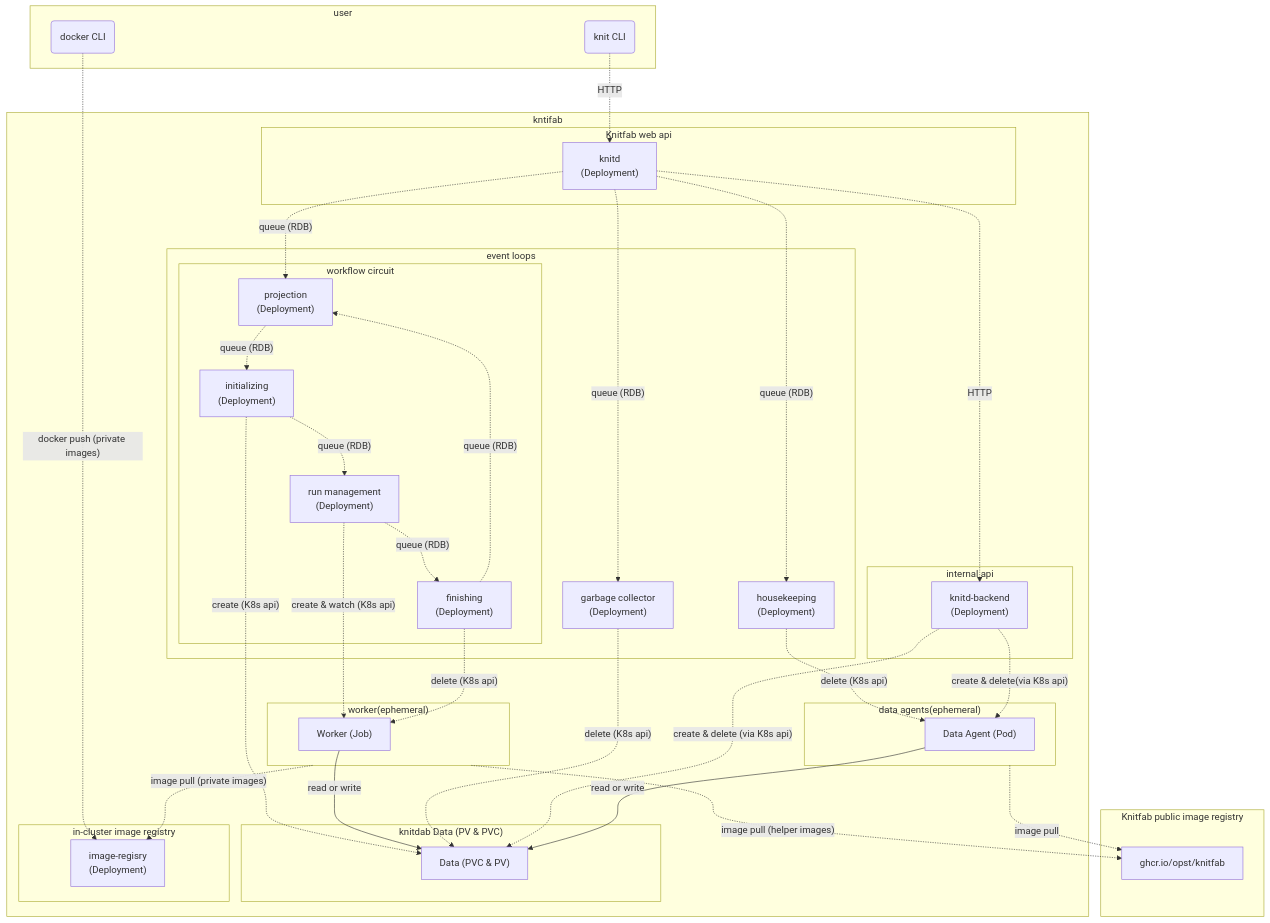
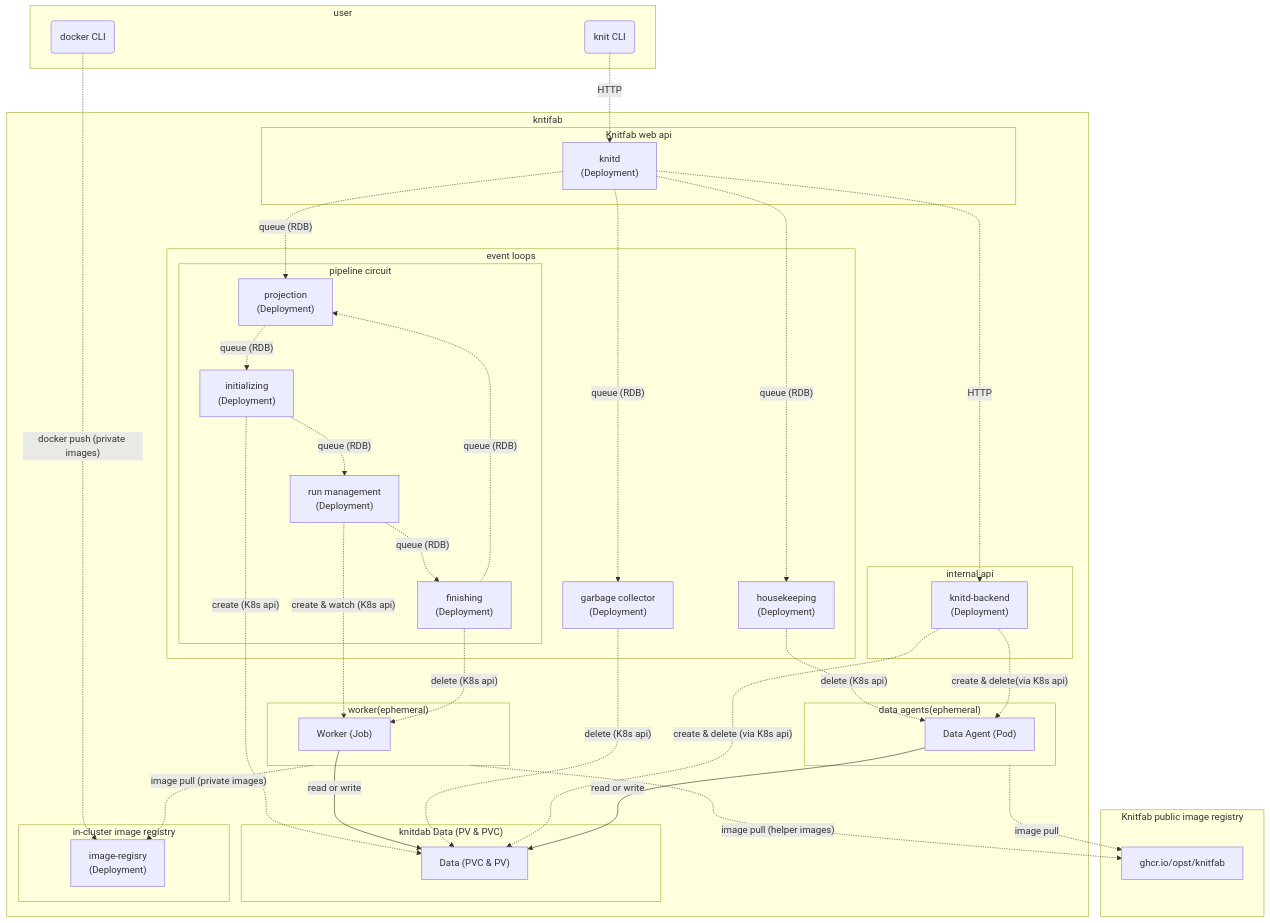
The diagram in 03.admin-guide/admin-guide-deep-dive.ja.md (opst/knitfab-docs), drawn with Mermaid before and after one commit. The commit also changed other lines of this file and 4 other files, not shown here.

Commit message:
Edit: term 'workflow' --> 'pipeline'

````diff
--- a/03.admin-guide/admin-guide-deep-dive.ja.md
+++ b/03.admin-guide/admin-guide-deep-dive.ja.md
@@ -194,73 +194,73 @@
 ```mermaid
 graph TB
     subgraph "user"
         userreq("knit CLI")
         docker("docker CLI")
     end
     subgraph cluster["kntifab"]
         subgraph "Knitfab web api"
             FRH["knitd\n(Deployment)"]
         end
 
         subgraph das["data agents(ephemeral)"]
             da["Data Agent (Pod)"]
         end
 
         subgraph wks["worker(ephemeral)"]
             wk["Worker (Job)"]
         end
 
         subgraph "knitdab Data (PV & PVC)"
             data["Data (PVC & PV)"]
         end
 
         subgraph "internal api"
             BRH["knitd-backend\n(Deployment)"]
         end
 
 
         subgraph "event loops"
-            subgraph circ["workflow circuit"]
+            subgraph circ["pipeline circuit"]
                 lproj["projection\n(Deployment)"]
                 lrini["initializing\n(Deployment)"]
                 lrst["run management\n(Deployment)"]
                 lrfin["finishing\n(Deployment)"]
             end
             lgbc["garbage collector\n(Deployment)"]
             lrhk["housekeeping\n(Deployment)"]
         end
 
         userreq -.HTTP.-> FRH
         FRH-."queue (RDB)".->lproj
 
         lrhk -."delete (K8s api)".->da
         lrst -."create & watch (K8s api)".-> wk
         lrfin -."delete (K8s api)".-> wk
         lproj-."queue (RDB)".->lrini
         lrini-."queue (RDB)".->lrst
         lrst-."queue (RDB)".->lrfin
         lrfin-."queue (RDB)".->lproj
 
         FRH -.HTTP.->BRH
         FRH-."queue (RDB)".->lrhk
         FRH-."queue (RDB)".->lgbc
 
         lrini -."create (K8s api)".->data
         wk--"read or write"--> data
         lgbc -."delete (K8s api)".->data
         BRH -."create & delete (via K8s api)".->data
         da --"read or write"--> data
 
         subgraph "in-cluster image registry"
             ireg["image-regisry\n(Deployment)"]
         end
     end
     subgraph "Knitfab public image registry"
         preg["ghcr.io/opst/knitfab"]
     end
     wks -."image pull (private images)".-> ireg
     docker -."docker push (private images)".->ireg
     BRH -."create & delete(via K8s api)".->da
     wks -."image pull (helper images)".-> preg
     das -."image pull".-> preg
 ```
````
